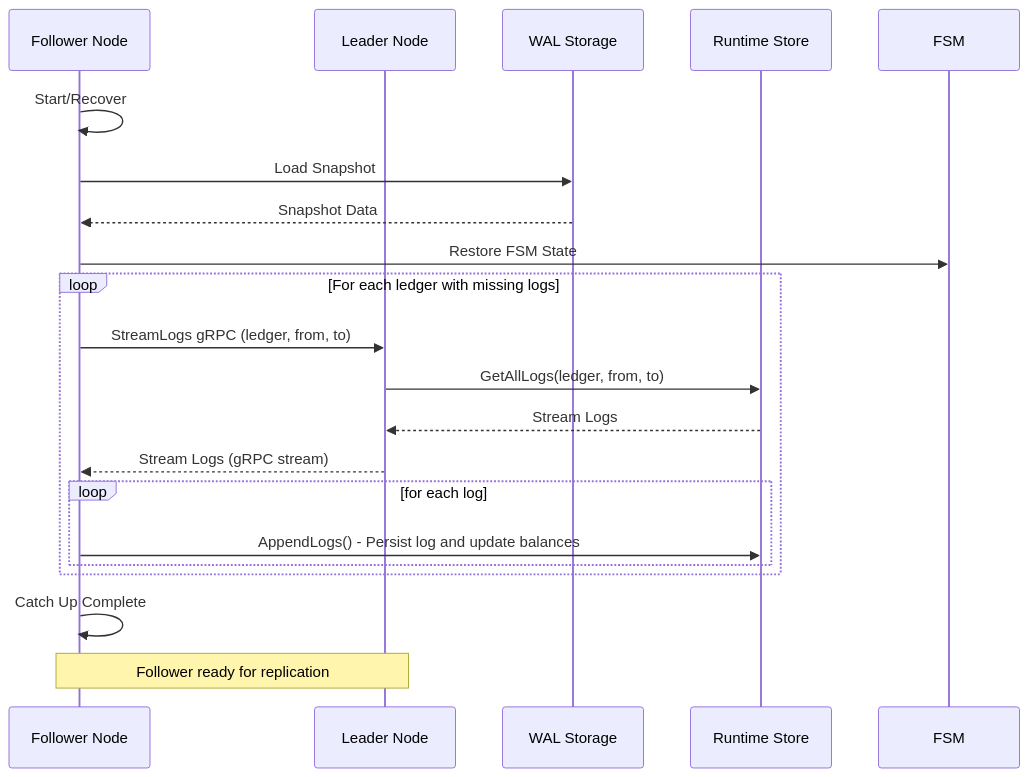
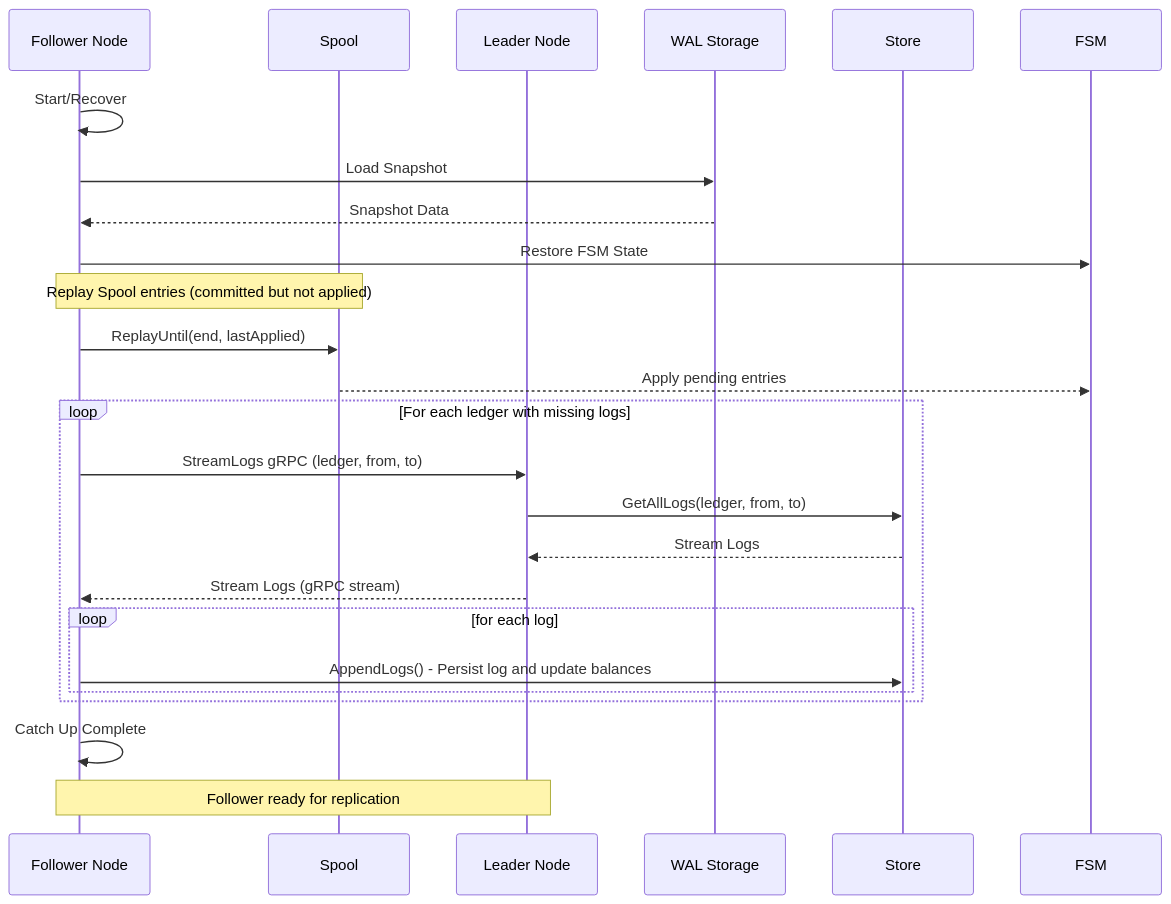
One commit to formancehq/ledger changed the fifth of 8 diagrams in docs/data-flows.md. Above: the diagram before and after it, drawn with Mermaid. The commit also changed other lines of this file and 31 other files, not shown here.

````diff
--- a/docs/data-flows.md
+++ b/docs/data-flows.md
@@ -203,27 +366,32 @@
 ```mermaid
 sequenceDiagram
     participant Follower as Follower Node
+    participant Spool as Spool
     participant Leader as Leader Node
     participant Storage as WAL Storage
-    participant RuntimeStore as Runtime Store
+    participant Store as Store
     participant FSM as FSM
     
     Follower->>Follower: Start/Recover
     Follower->>Storage: Load Snapshot
     Storage-->>Follower: Snapshot Data
     Follower->>FSM: Restore FSM State
     
+    Note over Follower,Spool: Replay Spool entries (committed but not applied)
+    Follower->>Spool: ReplayUntil(end, lastApplied)
+    Spool-->>FSM: Apply pending entries
+    
     loop For each ledger with missing logs
         Follower->>Leader: StreamLogs gRPC (ledger, from, to)
-        Leader->>RuntimeStore: GetAllLogs(ledger, from, to)
-        RuntimeStore-->>Leader: Stream Logs
+        Leader->>Store: GetAllLogs(ledger, from, to)
+        Store-->>Leader: Stream Logs
         Leader-->>Follower: Stream Logs (gRPC stream)
         
         loop for each log
-            Follower->>RuntimeStore: AppendLogs() - Persist log and update balances
+            Follower->>Store: AppendLogs() - Persist log and update balances
         end
     end
     
     Follower->>Follower: Catch Up Complete
     Note over Follower,Leader: Follower ready for replication
 ```
````
